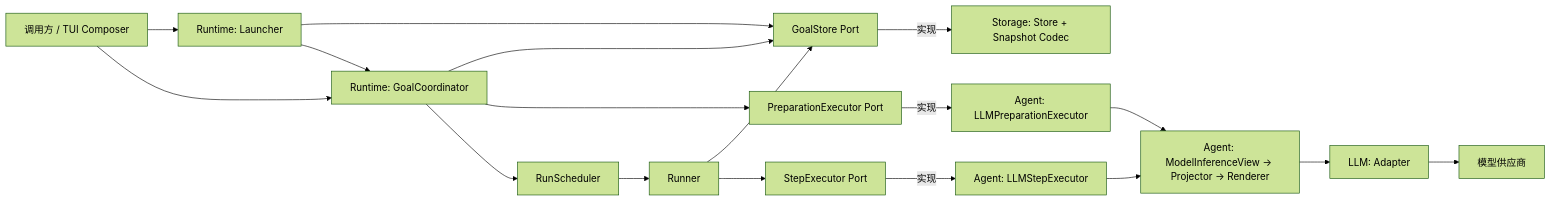
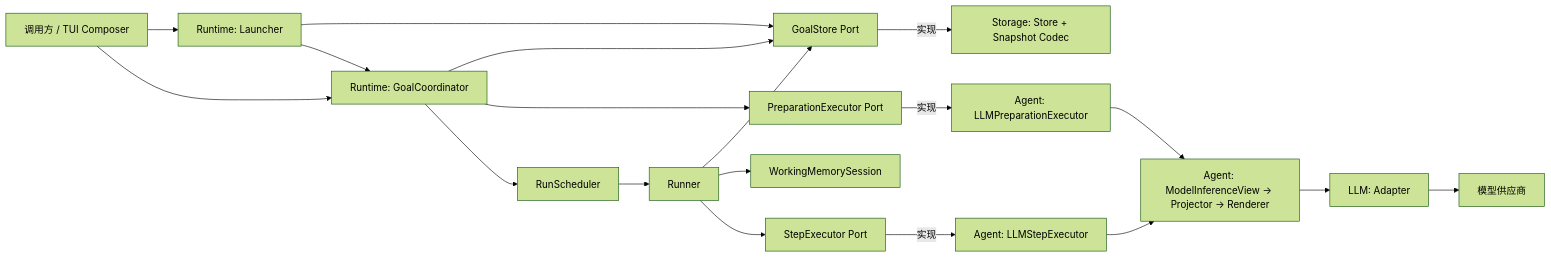
One commit to ccasJay/LazyGoal changed the diagram in docs/architecture/README.md. Above: the diagram before and after it, drawn with Mermaid (forest theme). The commit also changed other lines of this file and 17 other files, not shown here.

````diff
--- a/docs/architecture/README.md
+++ b/docs/architecture/README.md
@@ -18,18 +20,19 @@
 ```mermaid
 flowchart LR
     C[调用方 / TUI Composer] --> L[Runtime: Launcher]
     C --> G[Runtime: GoalCoordinator]
     L --> GS[GoalStore Port]
     L --> G
     G --> GS
     G --> PE[PreparationExecutor Port]
     G --> Q[RunScheduler] --> R[Runner]
     R --> GS
+    R --> WM[WorkingMemorySession]
     R --> SE[StepExecutor Port]
 
     GS -->|实现| ST[Storage: Store + Snapshot Codec]
     PE -->|实现| LPE[Agent: LLMPreparationExecutor]
     SE -->|实现| LSE[Agent: LLMStepExecutor]
     LPE & LSE --> V[Agent: ModelInferenceView → Projector → Renderer]
     V --> A[LLM: Adapter] --> M[模型供应商]
 ```
````
